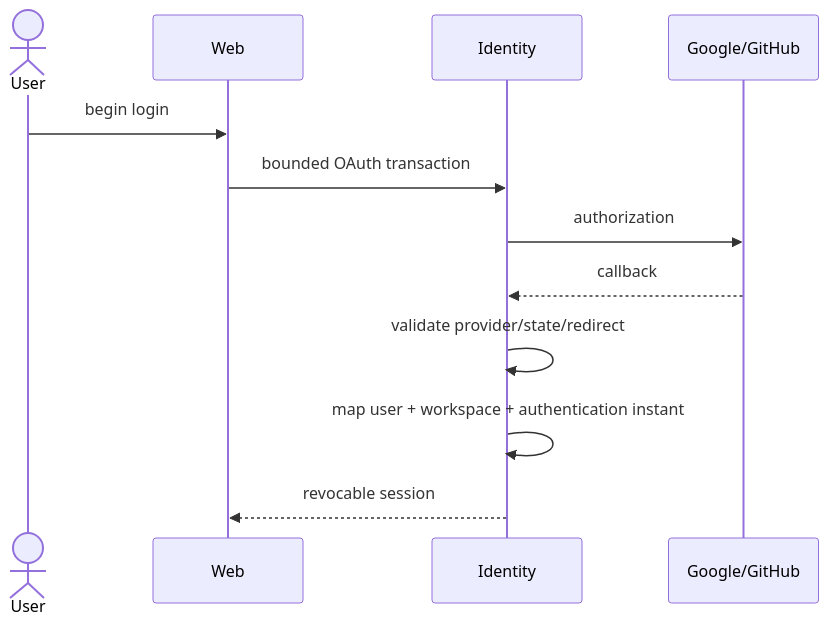
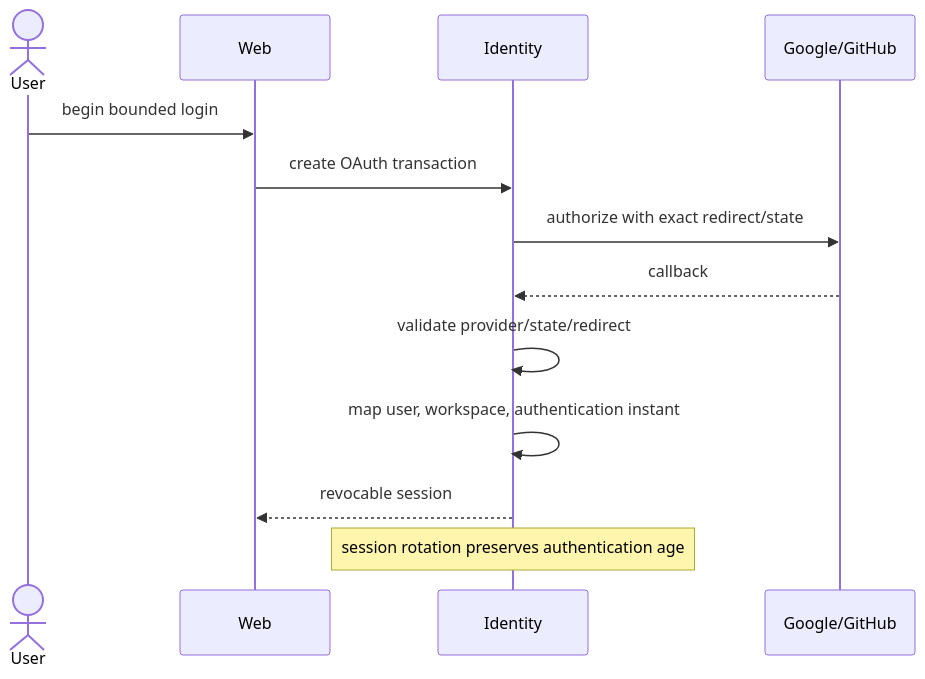
Before and after one commit to ContextualWisdomLab/life-os: the second of 15 diagrams in docs/UML.md, drawn with Mermaid. The commit also changed other lines of this file and 12 other files, not shown here.

````diff
--- a/docs/UML.md
+++ b/docs/UML.md
@@ -35,14 +47,15 @@
 ```mermaid
 sequenceDiagram
     actor User
     participant Web
     participant Identity
     participant Provider as Google/GitHub
-    User->>Web: begin login
-    Web->>Identity: bounded OAuth transaction
-    Identity->>Provider: authorization
+    User->>Web: begin bounded login
+    Web->>Identity: create OAuth transaction
+    Identity->>Provider: authorize with exact redirect/state
     Provider-->>Identity: callback
     Identity->>Identity: validate provider/state/redirect
-    Identity->>Identity: map user + workspace + authentication instant
+    Identity->>Identity: map user, workspace, authentication instant
     Identity-->>Web: revocable session
+    Note over Identity: session rotation preserves authentication age
 ```
````
